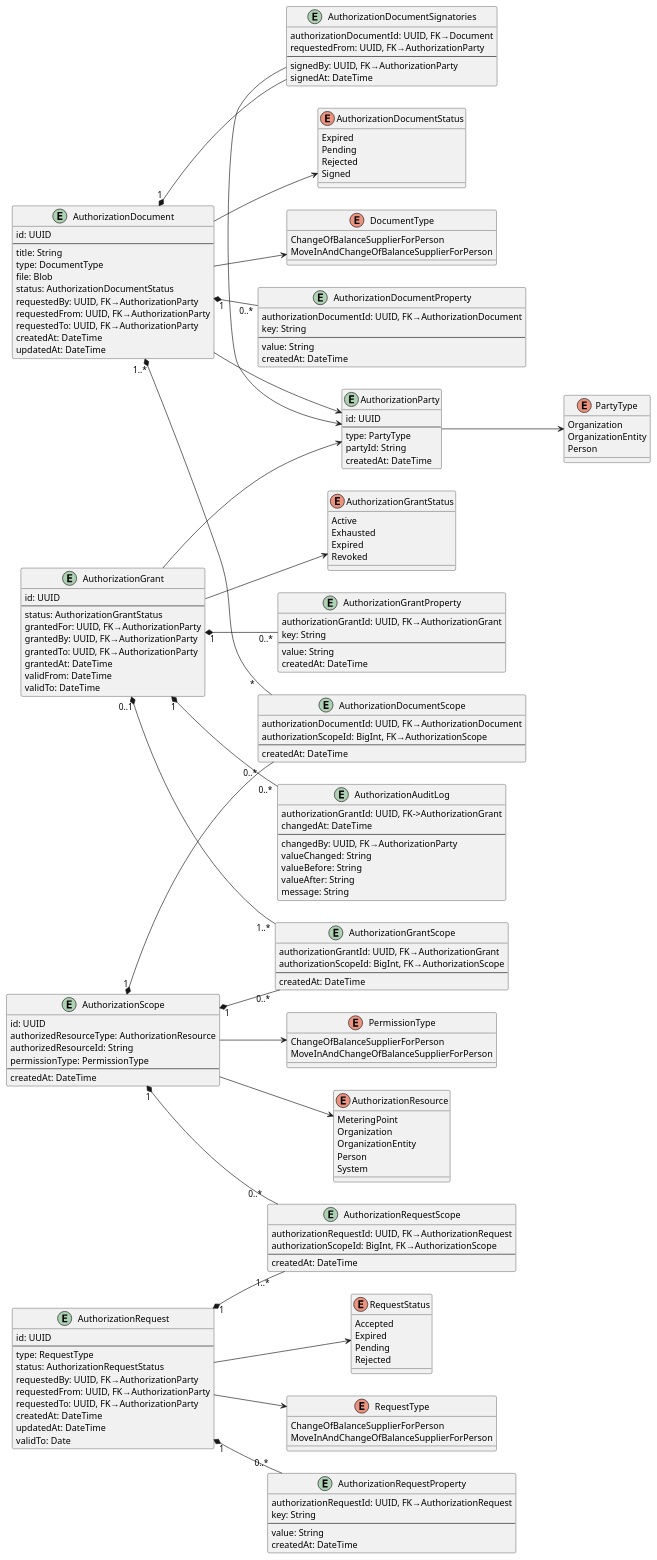
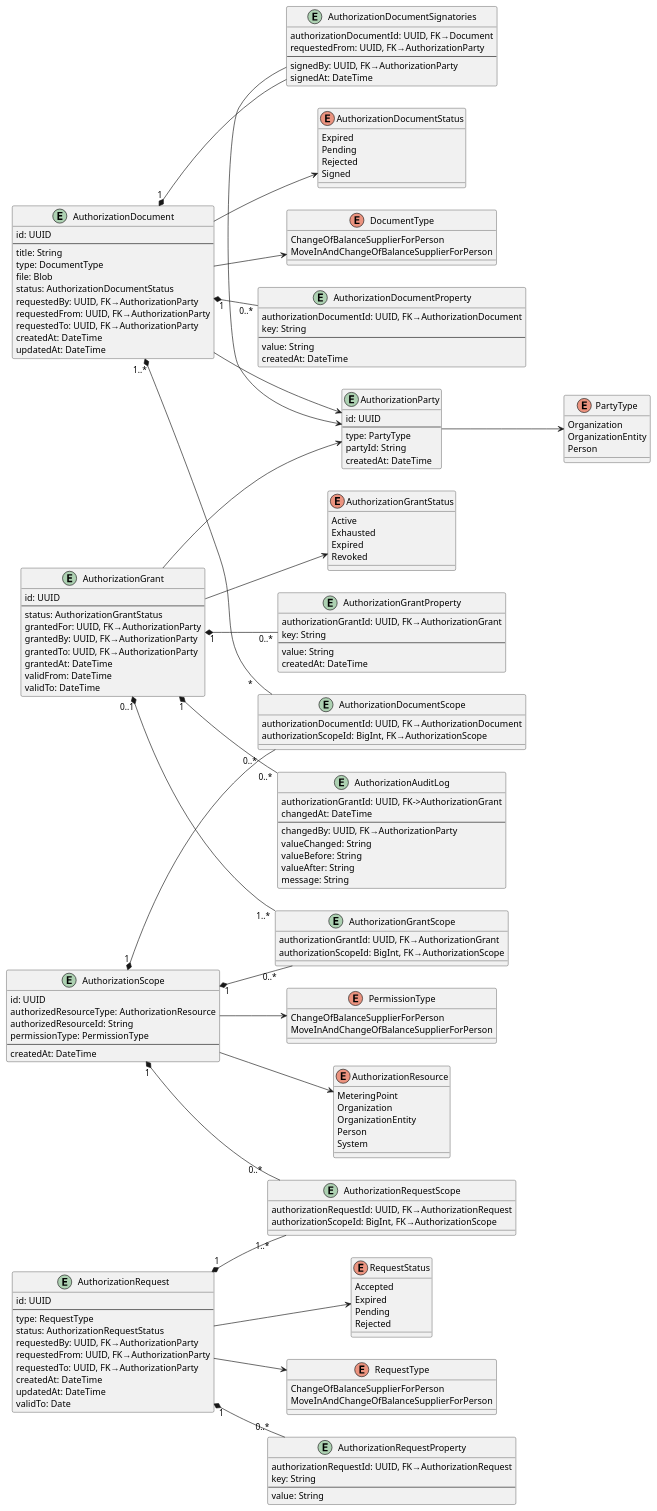
Before and after one commit to elhub/auth-grant-manager: the diagram in docs/assets/datamodel.plantuml, drawn with PlantUML. The commit also changed 1 other file, not shown here.

```diff
--- a/docs/assets/datamodel.plantuml
+++ b/docs/assets/datamodel.plantuml
@@ -106,7 +106,6 @@
   key: String
   --
   value: String
-  createdAt: DateTime
 }
 
 ' In this model it is assumed that the metadata is stored in the document.
@@ -143,22 +142,16 @@
 entity AuthorizationGrantScope {
   authorizationGrantId: UUID, FK→AuthorizationGrant
   authorizationScopeId: BigInt, FK→AuthorizationScope
-  --
-  createdAt: DateTime
 }
 
 entity AuthorizationDocumentScope {
   authorizationDocumentId: UUID, FK→AuthorizationDocument
   authorizationScopeId: BigInt, FK→AuthorizationScope
-  --
-  createdAt: DateTime
 }
 
 entity AuthorizationRequestScope {
   authorizationRequestId: UUID, FK→AuthorizationRequest
   authorizationScopeId: BigInt, FK→AuthorizationScope
-  --
-  createdAt: DateTime
 }
 
 entity AuthorizationScope {
```
